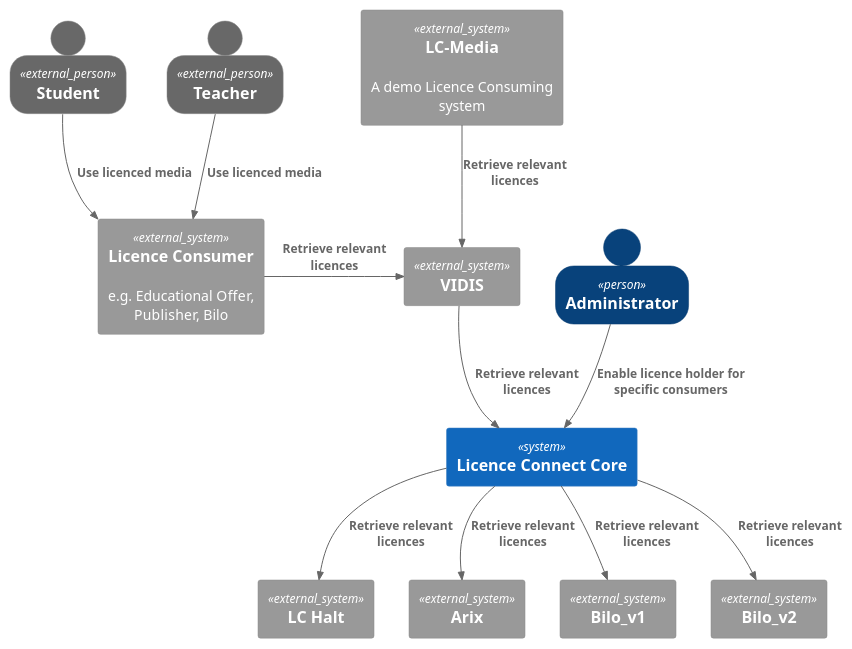
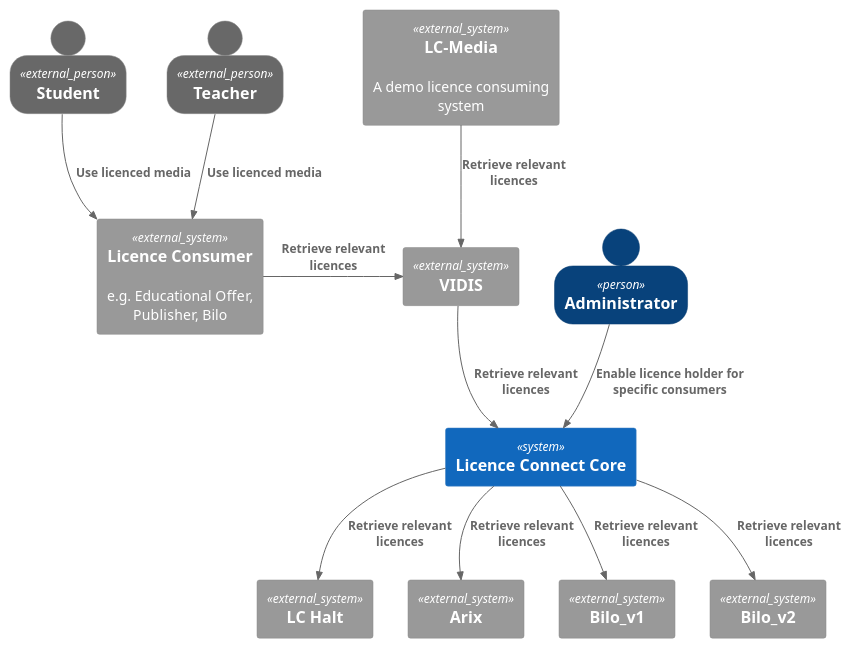
Before and after one commit to FWU-DE/licence-connect: the diagram in doc/src/03_context_and_scope/index.adoc, drawn with PlantUML.

Commit message:
Apply 1 suggestion(s) to 1 file(s)

```diff
--- a/doc/src/03_context_and_scope/index.adoc
+++ b/doc/src/03_context_and_scope/index.adoc
@@ -8,36 +8,36 @@
 [plantuml]
 ----
 @startuml Context_and_Scope
 !include <C4/C4_Container>
 SHOW_PERSON_OUTLINE()
 
 Person_Ext(student, "Student", "")
 Person_Ext(teacher, "Teacher", "")
 Person(admin, "Administrator", "")
 
 System_Ext(licence_consumer, "Licence Consumer", "e.g. Educational Offer, Publisher, Bilo")
 System_Ext(vidis, "VIDIS", "")
 
-System_Ext(lcmedia, "LC-Media", "A demo Licence Consuming system")
+System_Ext(lcmedia, "LC-Media", "A demo licence consuming system")
 
 System(lc, "Licence Connect Core", "")
 
 System_Ext(lchalt, "LC Halt", "")
 System_Ext(arix, "Arix", "")
 System_Ext(bilo_v1, "Bilo_v1", "")
 System_Ext(bilo_v2, "Bilo_v2", "")
 
 Rel(student, licence_consumer, "Use licenced media", "")
 Rel(teacher, licence_consumer, "Use licenced media", "")
 Rel(lcmedia, vidis, "Retrieve relevant licences", "")
 Rel_R(licence_consumer, vidis, "Retrieve relevant licences", "")
 Rel(vidis, lc, "Retrieve relevant licences", "")
 Rel(lc, lchalt, "Retrieve relevant licences","")
 Rel(lc, arix, "Retrieve relevant licences","")
 Rel(lc, bilo_v1, "Retrieve relevant licences","")
 Rel(lc, bilo_v2, "Retrieve relevant licences","")
 
 Rel(admin, lc, "Enable licence holder for specific consumers")
 
 @enduml
 ----
```
